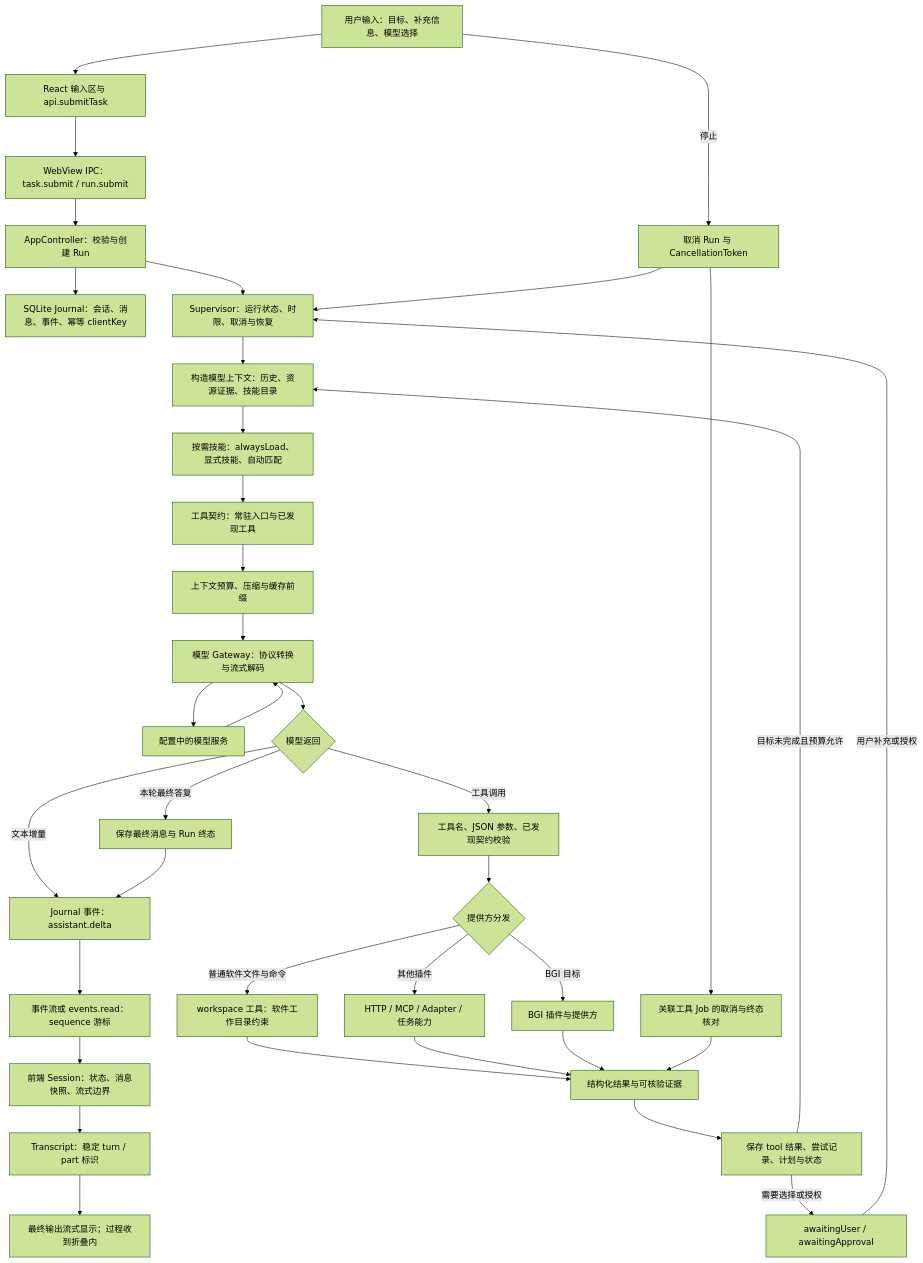
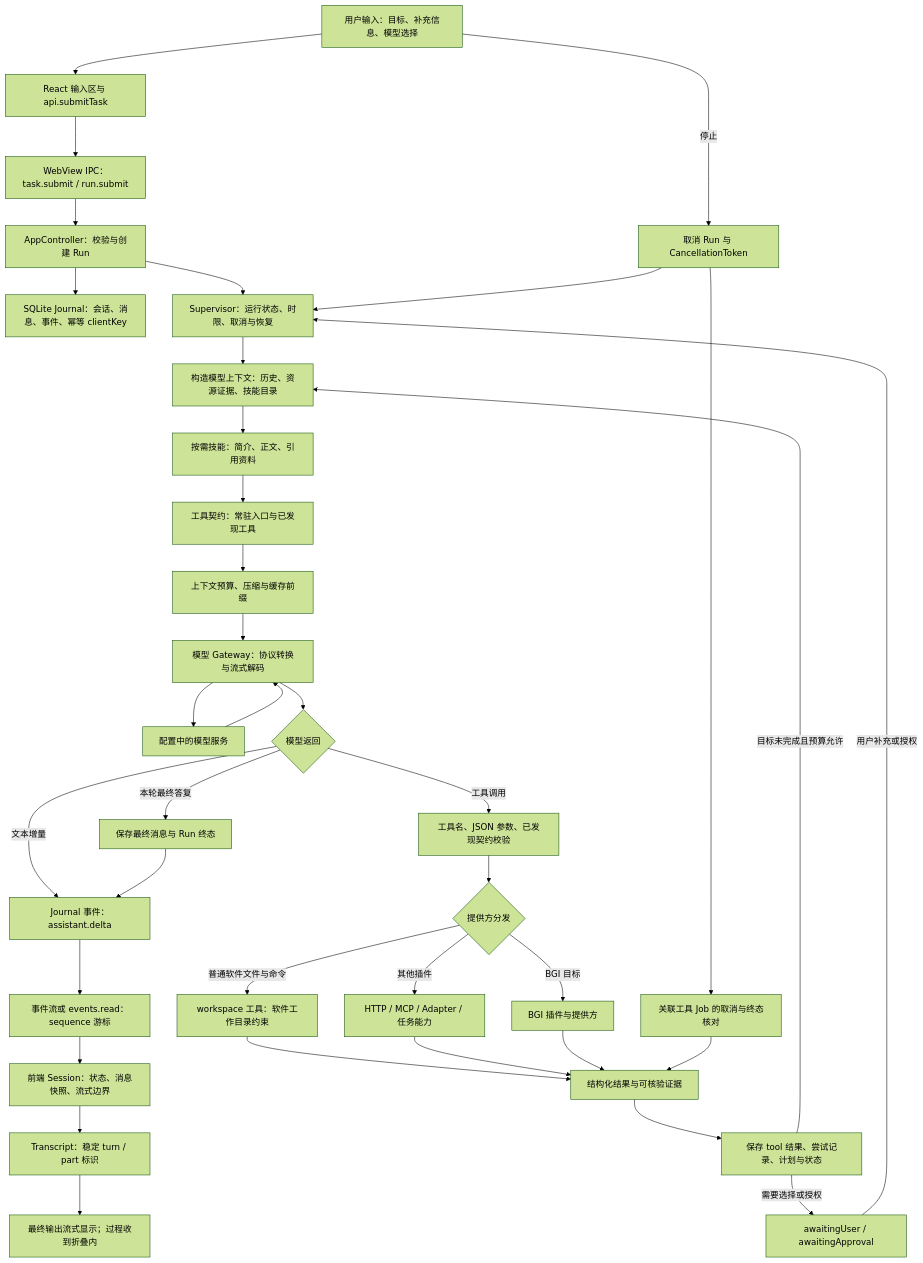
One commit to A-Little-AnQi/Sleepy-Doll changed the first of 7 diagrams in docs/internals.md. Above: the diagram before and after it, drawn with Mermaid (forest theme). The commit also changed other lines of this file and 64 other files, not shown here.

````diff
--- a/docs/internals.md
+++ b/docs/internals.md
@@ -7,39 +7,39 @@
 ```mermaid
 flowchart TD
   U[用户输入：目标、补充信息、模型选择] --> W[React 输入区与 api.submitTask]
   W --> IPC[WebView IPC：task.submit / run.submit]
   IPC --> APP[AppController：校验与创建 Run]
   APP --> J[SQLite Journal：会话、消息、事件、幂等 clientKey]
   APP --> SUP[Supervisor：运行状态、时限、取消与恢复]
   SUP --> CTX[构造模型上下文：历史、资源证据、技能目录]
-  CTX --> SK[按需技能：alwaysLoad、显式技能、自动匹配]
+  CTX --> SK[按需技能：简介、正文、引用资料]
   SK --> DEF[工具契约：常驻入口与已发现工具]
   DEF --> BUD[上下文预算、压缩与缓存前缀]
   BUD --> GW[模型 Gateway：协议转换与流式解码]
   GW --> M[配置中的模型服务]
   M --> GW
   GW --> DEC{模型返回}
   DEC -->|文本增量| EV[Journal 事件：assistant.delta]
   DEC -->|工具调用| VAL[工具名、JSON 参数、已发现契约校验]
   VAL --> PROV{提供方分发}
   PROV -->|普通软件文件与命令| WS[workspace 工具：软件工作目录约束]
   PROV -->|其他插件| EXT[HTTP / MCP / Adapter / 任务能力]
   PROV -->|BGI 目标| BGI[BGI 插件与提供方]
   WS --> OBS[结构化结果与可核验证据]
   EXT --> OBS
   BGI --> OBS
   OBS --> HIST[保存 tool 结果、尝试记录、计划与状态]
   HIST -->|目标未完成且预算允许| CTX
   HIST -->|需要选择或授权| ASK[awaitingUser / awaitingApproval]
   ASK -->|用户补充或授权| SUP
   DEC -->|本轮最终答复| END[保存最终消息与 Run 终态]
   END --> EV
   EV --> READ[事件流或 events.read：sequence 游标]
   READ --> SES[前端 Session：状态、消息快照、流式边界]
   SES --> TRANS[Transcript：稳定 turn / part 标识]
   TRANS --> UI[最终输出流式显示；过程收到折叠内]
   U -->|停止| CANCEL[取消 Run 与 CancellationToken]
   CANCEL --> SUP
   CANCEL --> JOB[关联工具 Job 的取消与终态核对]
   JOB --> OBS
 ```
````
